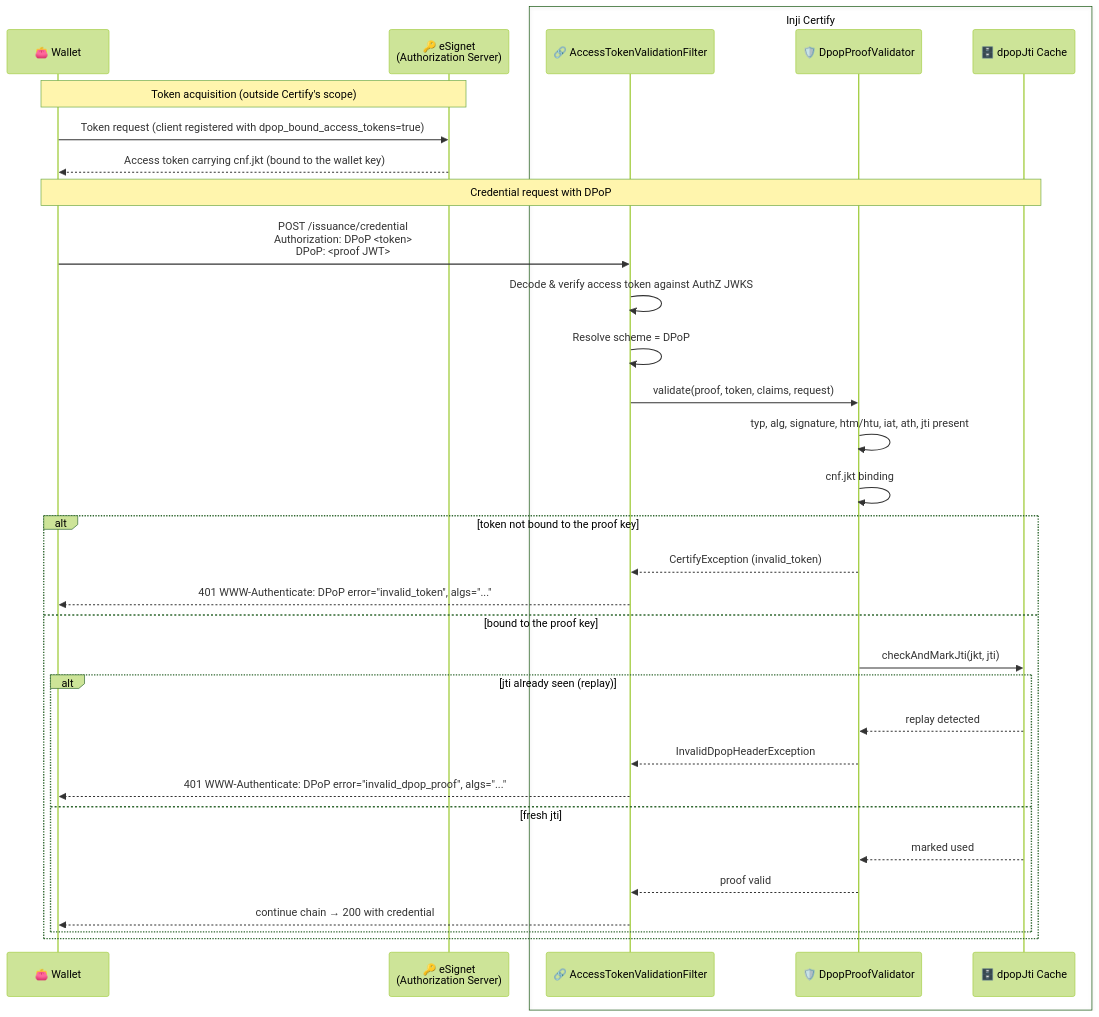
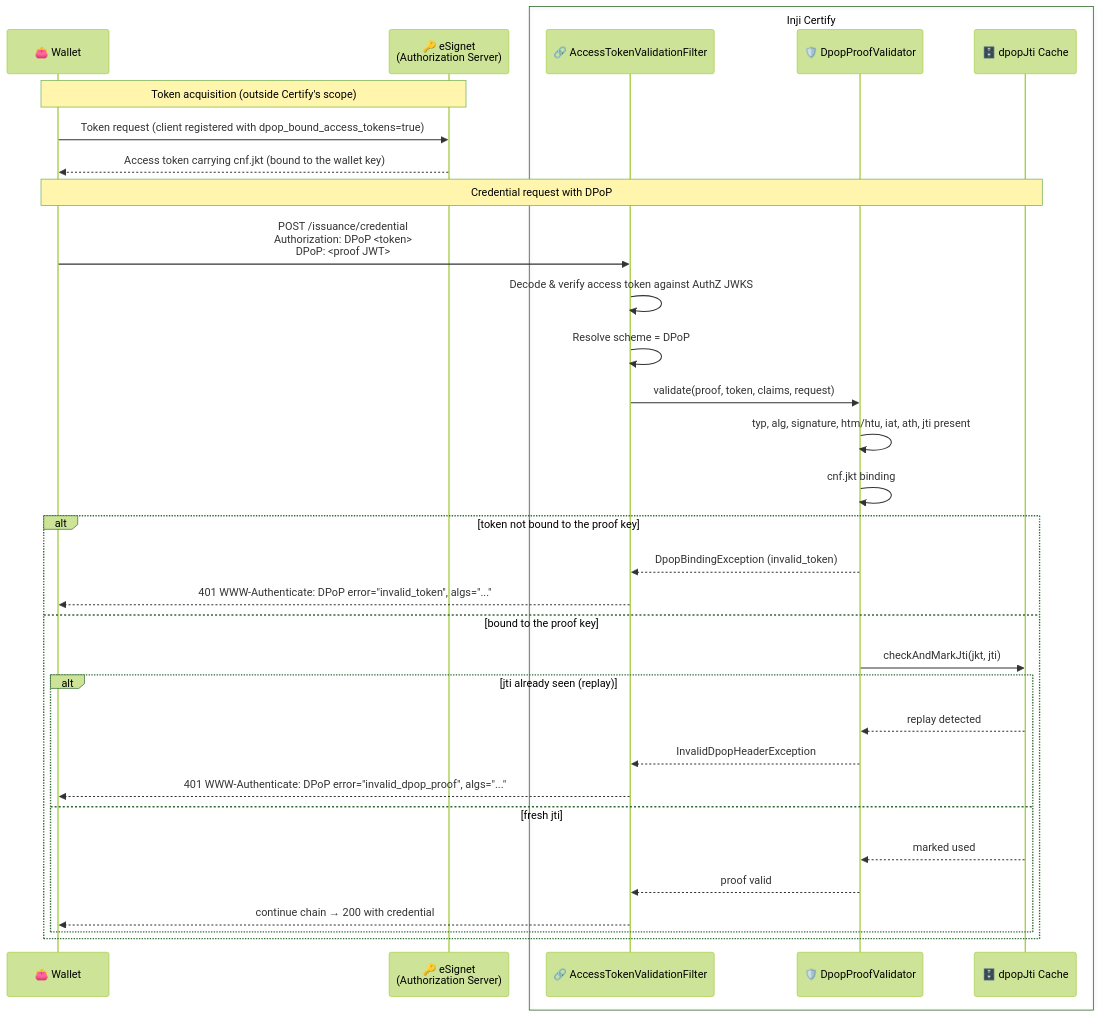
Before and after one commit to bernard42/inji-certify: the diagram in docs/technical_docs/DPoP_Support.md, drawn with Mermaid (forest theme).

Commit message:
INJICERT #1127 - Address review comments
Name DpopBindingException in the DPoP sequence diagram.

````diff
--- a/docs/technical_docs/DPoP_Support.md
+++ b/docs/technical_docs/DPoP_Support.md
@@ -83,38 +83,38 @@
 ```mermaid
 sequenceDiagram
     participant W as 👛 Wallet
     participant AS as 🔑 eSignet<br/>(Authorization Server)
     box Inji Certify #E6F3FF
     participant Filter as 🔗 AccessTokenValidationFilter
     participant Validator as 🛡️ DpopProofValidator
     participant Cache as 🗄️ dpopJti Cache
     end
 
     Note over W,AS: Token acquisition (outside Certify's scope)
     W->>AS: Token request (client registered with dpop_bound_access_tokens=true)
     AS-->>W: Access token carrying cnf.jkt (bound to the wallet key)
 
     Note over W,Cache: Credential request with DPoP
     W->>Filter: POST /issuance/credential<br/>Authorization: DPoP <token><br/>DPoP: <proof JWT>
     Filter->>Filter: Decode & verify access token against AuthZ JWKS
     Filter->>Filter: Resolve scheme = DPoP
     Filter->>Validator: validate(proof, token, claims, request)
     Validator->>Validator: typ, alg, signature, htm/htu, iat, ath, jti present
     Validator->>Validator: cnf.jkt binding
 
     alt token not bound to the proof key
-        Validator-->>Filter: CertifyException (invalid_token)
+        Validator-->>Filter: DpopBindingException (invalid_token)
         Filter-->>W: 401 WWW-Authenticate: DPoP error="invalid_token", algs="..."
     else bound to the proof key
         Validator->>Cache: checkAndMarkJti(jkt, jti)
         alt jti already seen (replay)
             Cache-->>Validator: replay detected
             Validator-->>Filter: InvalidDpopHeaderException
             Filter-->>W: 401 WWW-Authenticate: DPoP error="invalid_dpop_proof", algs="..."
         else fresh jti
             Cache-->>Validator: marked used
             Validator-->>Filter: proof valid
             Filter-->>W: continue chain → 200 with credential
         end
     end
 ```
````
